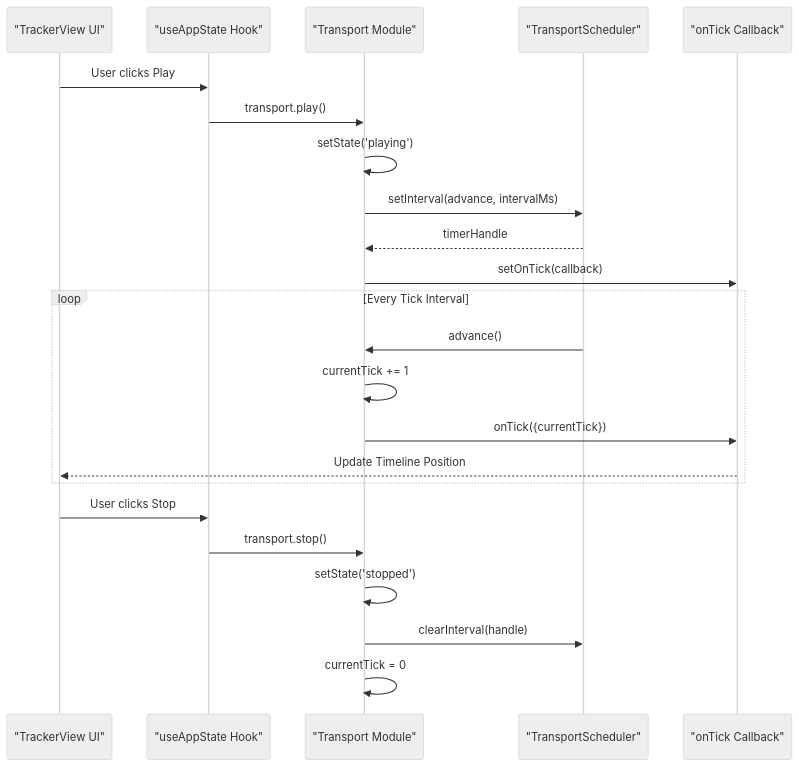
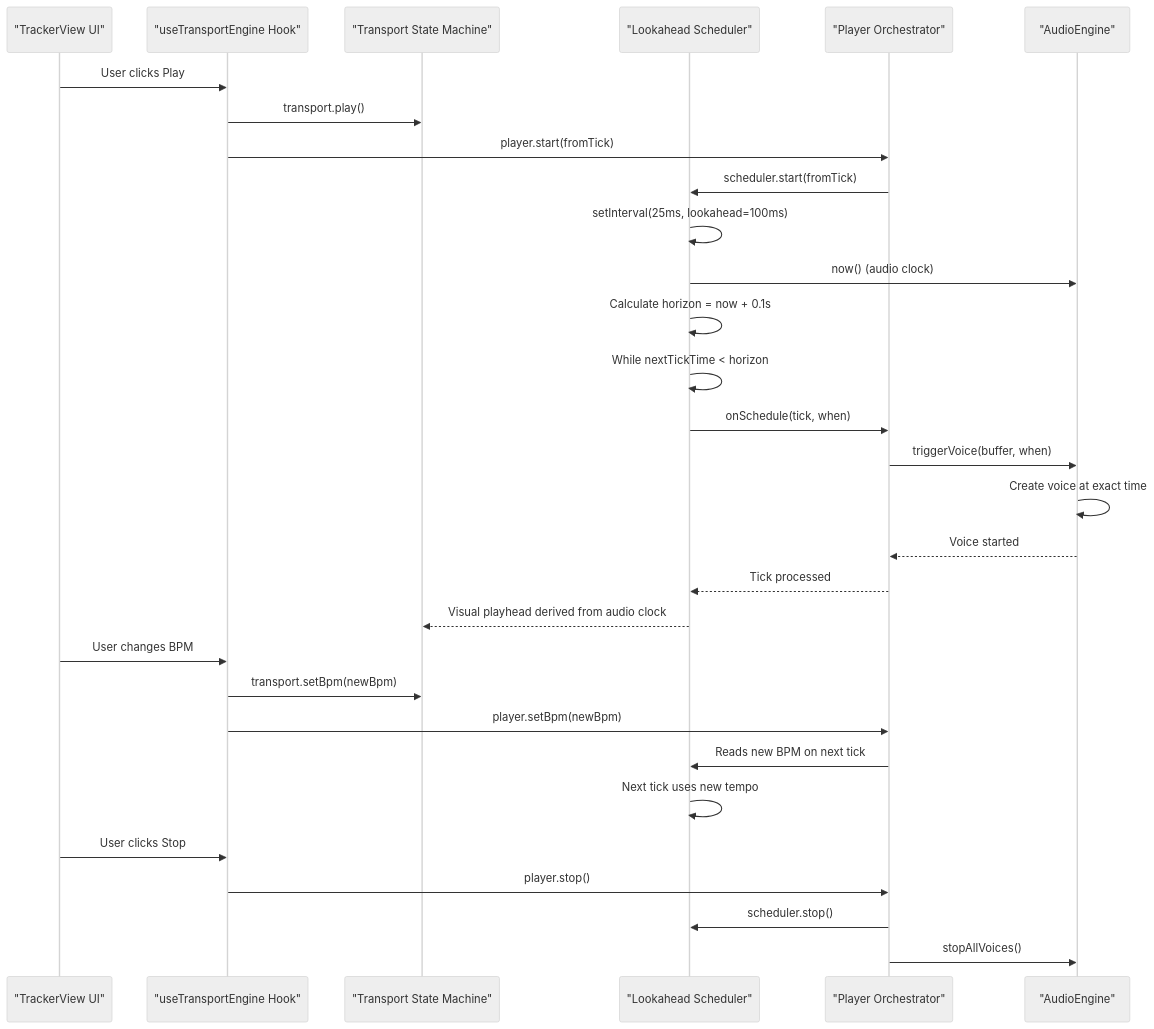
One commit to satyrlord/mixjam-electron changed the second of 8 diagrams in .qoder/repowiki/en/content/Audio Engine/Transport System.md. Above: the diagram before and after it, drawn with Mermaid (neutral theme). The commit also changed other lines of this file and 104 other files, not shown here.

First line of the commit message:
fix(config): update markdownlint schema and cleanup ignored paths

````diff
--- a/.qoder/repowiki/en/content/Audio Engine/Transport System.md
+++ b/.qoder/repowiki/en/content/Audio Engine/Transport System.md
@@ -97,25 +131,32 @@
 ```mermaid
 sequenceDiagram
 participant UI as "TrackerView UI"
-participant Hook as "useAppState Hook"
-participant Transport as "Transport Module"
-participant Scheduler as "TransportScheduler"
-participant Callback as "onTick Callback"
+participant Hook as "useTransportEngine Hook"
+participant Transport as "Transport State Machine"
+participant Scheduler as "Lookahead Scheduler"
+participant Player as "Player Orchestrator"
+participant AudioEngine as "AudioEngine"
 UI->>Hook : User clicks Play
 Hook->>Transport : transport.play()
-Transport->>Transport : setState('playing')
-Transport->>Scheduler : setInterval(advance, intervalMs)
-Scheduler-->>Transport : timerHandle
-Transport->>Callback : setOnTick(callback)
-loop Every Tick Interval
-Scheduler->>Transport : advance()
-Transport->>Transport : currentTick += 1
-Transport->>Callback : onTick({currentTick})
-Callback-->>UI : Update Timeline Position
-end
+Hook->>Player : player.start(fromTick)
+Player->>Scheduler : scheduler.start(fromTick)
+Scheduler->>Scheduler : setInterval(25ms, lookahead=100ms)
+Scheduler->>AudioEngine : now() (audio clock)
+Scheduler->>Scheduler : Calculate horizon = now + 0.1s
+Scheduler->>Scheduler : While nextTickTime < horizon
+Scheduler->>Player : onSchedule(tick, when)
+Player->>AudioEngine : triggerVoice(buffer, when)
+AudioEngine->>AudioEngine : Create voice at exact time
+AudioEngine-->>Player : Voice started
+Player-->>Scheduler : Tick processed
+Scheduler-->>Transport : Visual playhead derived from audio clock
+UI->>Hook : User changes BPM
+Hook->>Transport : transport.setBpm(newBpm)
+Hook->>Player : player.setBpm(newBpm)
+Player->>Scheduler : Reads new BPM on next tick
+Scheduler->>Scheduler : Next tick uses new tempo
 UI->>Hook : User clicks Stop
-Hook->>Transport : transport.stop()
-Transport->>Transport : setState('stopped')
-Transport->>Scheduler : clearInterval(handle)
-Transport->>Transport : currentTick = 0
+Hook->>Player : player.stop()
+Player->>Scheduler : scheduler.stop()
+Player->>AudioEngine : stopAllVoices()
 ```
````
